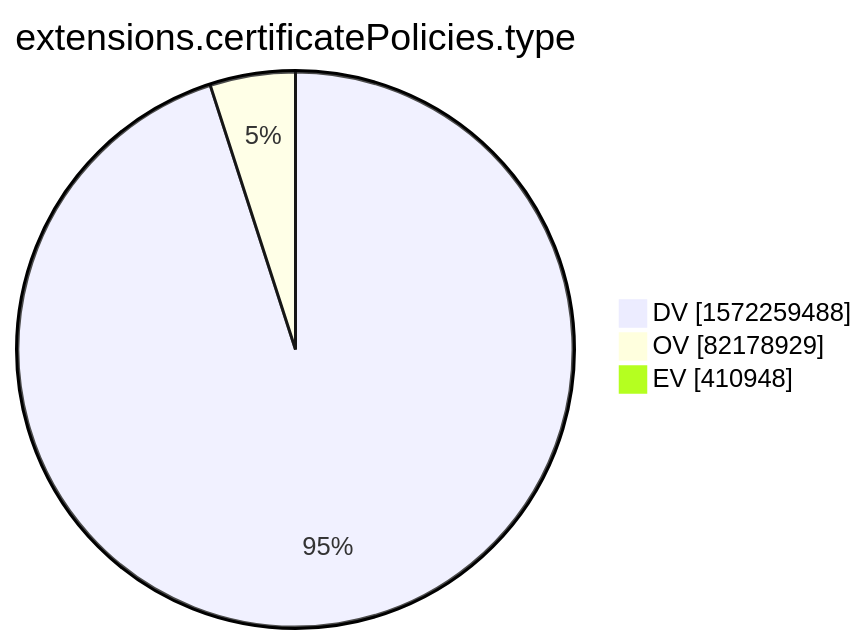
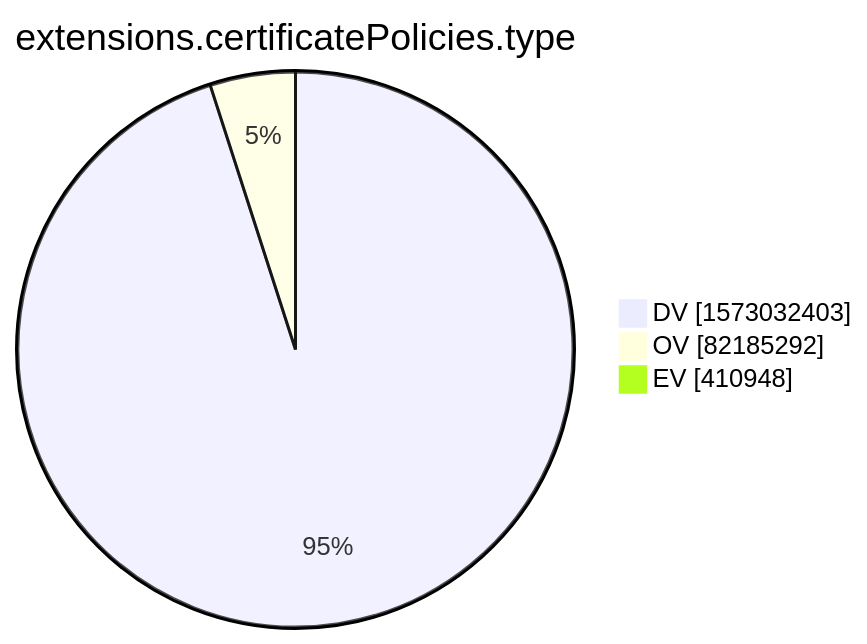
The tenth of 15 diagrams in xenon2022/README.md (christiankrug/ctmonitor_visualization), drawn with Mermaid before and after one commit. The commit also changed other lines of this file, not shown here.

````diff
--- a/xenon2022/README.md
+++ b/xenon2022/README.md
@@ -2876,7 +2876,7 @@
 ```mermaid
 pie showData
 title extensions.certificatePolicies.type
-"DV" :1572259488
-"OV" :82178929
+"DV" :1573032403
+"OV" :82185292
 "EV" :410948
 ```
````
